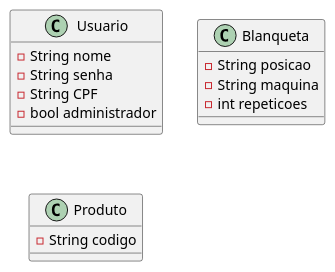
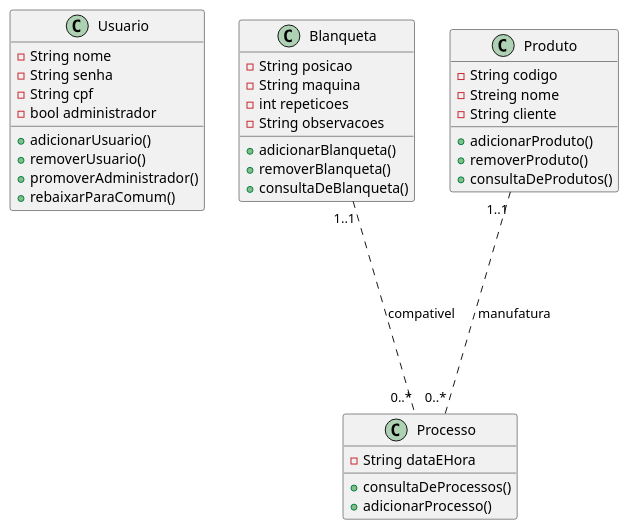
One commit to SoImRayh/AllController changed the diagram in Diagramas/Classes.wsd. Above: the diagram before and after it, drawn with PlantUML. The commit also changed 2 other files, not shown here.

```diff
--- a/Diagramas/Classes.wsd
+++ b/Diagramas/Classes.wsd
@@ -1,19 +1,40 @@
 @startuml
 class Usuario{
     -String nome
     -String senha
-    -String CPF
+    -String cpf
     -bool administrador
+    +adicionarUsuario()
+    +removerUsuario()
+    +promoverAdministrador()
+    +rebaixarParaComum()
+    
 }
 
 class Blanqueta{
     -String posicao
     -String maquina
     -int repeticoes
-
+    -String observacoes
+    +adicionarBlanqueta()
+    +removerBlanqueta()
+    +consultaDeBlanqueta()
+}
+class Processo{
+    -String dataEHora
+    +consultaDeProcessos()
+    +adicionarProcesso()
 }
 
 class Produto{
     -String codigo
+    -Streing nome
+    -String cliente
+    +adicionarProduto()
+    +removerProduto()
+    +consultaDeProdutos()
 }
+
+Blanqueta "1..1" .... "0..*" Processo : compativel
+Produto"1..1" .... "0..*" Processo:manufatura
 @enduml
```
